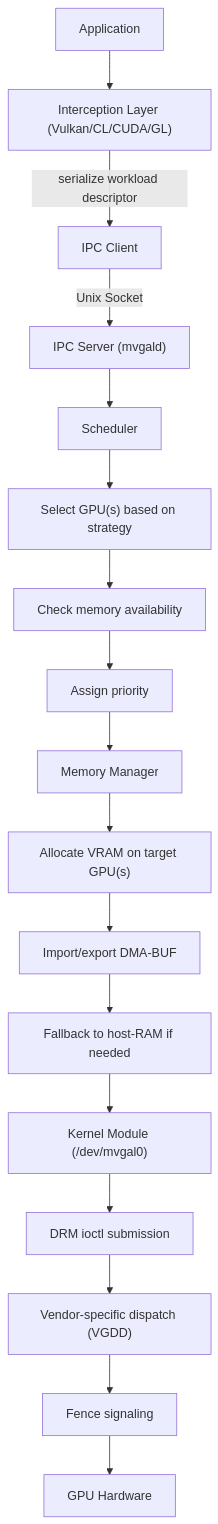
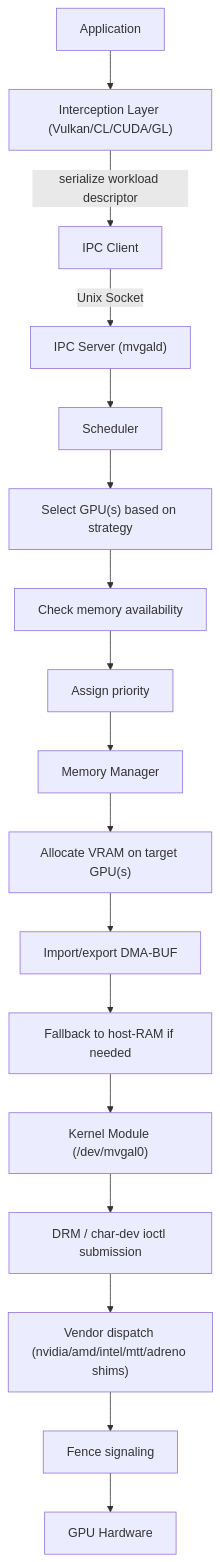
One commit to TheCreateGM/mvgal-docs changed the diagram in docs/DESIGN.md. Above: the diagram before and after it, drawn with Mermaid. The commit also changed other lines of this file and 44 other files, not shown here.

````diff
--- a/docs/DESIGN.md
+++ b/docs/DESIGN.md
@@ -120,19 +163,19 @@
 ```mermaid
 flowchart TD
     App["Application"] --> IL["Interception Layer (Vulkan/CL/CUDA/GL)"]
     IL -->|"serialize workload descriptor"| IPC["IPC Client"]
     IPC -->|"Unix Socket"| SRV["IPC Server (mvgald)"]
     SRV --> SCH["Scheduler"]
     SCH --> SCH1["Select GPU(s) based on strategy"]
     SCH1 --> SCH2["Check memory availability"]
     SCH2 --> SCH3["Assign priority"]
     SCH3 --> MM["Memory Manager"]
     MM --> MM1["Allocate VRAM on target GPU(s)"]
     MM1 --> MM2["Import/export DMA-BUF"]
     MM2 --> MM3["Fallback to host-RAM if needed"]
     MM3 --> KM["Kernel Module (/dev/mvgal0)"]
-    KM --> KM1["DRM ioctl submission"]
-    KM1 --> KM2["Vendor-specific dispatch (VGDD)"]
+    KM --> KM1["DRM / char-dev ioctl submission"]
+    KM1 --> KM2["Vendor dispatch (nvidia/amd/intel/mtt/adreno shims)"]
     KM2 --> KM3["Fence signaling"]
     KM3 --> HW["GPU Hardware"]
 ```
````
